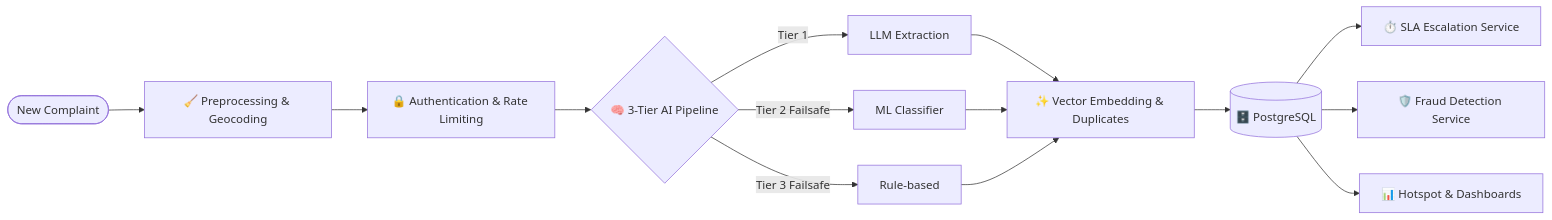
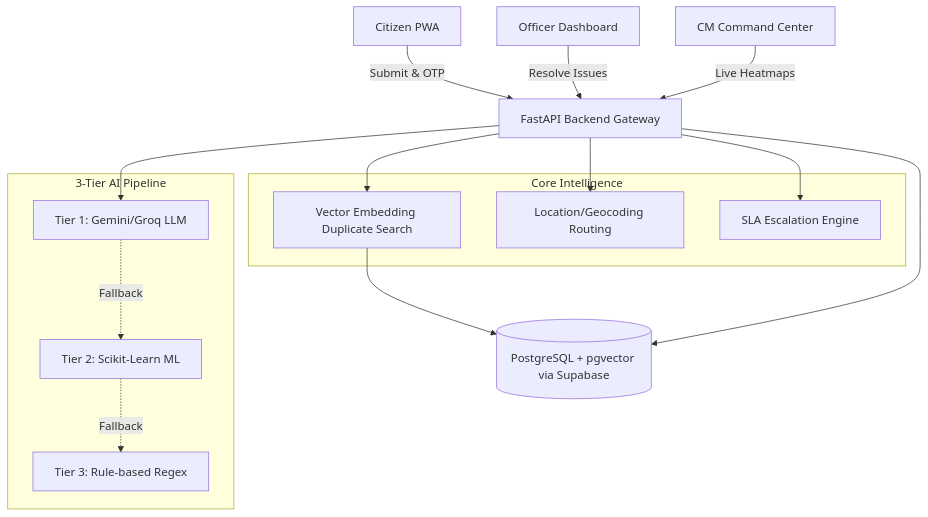
One commit to DAREDEVIL-OF-NEXUS/CIVICLENS-AI changed the diagram in README.md. Above: the diagram before and after it, drawn with Mermaid. The commit also changed other lines of this file, not shown here.

Commit message:
docs: Completely overhaul README with Platinum tier visuals, architecture diagrams, and TPDDL examples

````diff
--- a/README.md
+++ b/README.md
@@ -42,19 +43,41 @@
 ```mermaid
-flowchart LR
-    Start([New Complaint]) --> Preprocess[🧹 Preprocessing & Geocoding]
-    Preprocess --> Auth[🔒 Authentication & Rate Limiting]
-    Auth --> Analysis{🧠 3-Tier AI Pipeline}
+graph TD
+    %% Clients
+    Cit[Citizen PWA]
+    Off[Officer Dashboard]
+    CM[CM Command Center]
+
+    %% Gateway & Core
+    API[FastAPI Backend Gateway]
     
-    Analysis -->|Tier 1| LLM[LLM Extraction]
-    Analysis -->|Tier 2 Failsafe| MLModel[ML Classifier]
-    Analysis -->|Tier 3 Failsafe| Regex[Rule-based]
-    
-    LLM --> Enrich[✨ Vector Embedding & Duplicates]
-    MLModel --> Enrich
-    Regex --> Enrich
-    
-    Enrich --> DB[(🗄️ PostgreSQL)]
-    DB --> SLA[⏱️ SLA Escalation Service]
-    DB --> Fraud[🛡️ Fraud Detection Service]
-    DB --> Dashboard[📊 Hotspot & Dashboards]
+    Cit -->|Submit & OTP| API
+    Off -->|Resolve Issues| API
+    CM -->|Live Heatmaps| API
+
+    %% AI Pipeline Workflow
+    subgraph 3-Tier AI Pipeline
+        LLM[Tier 1: Gemini/Groq LLM]
+        ML[Tier 2: Scikit-Learn ML]
+        RB[Tier 3: Rule-based Regex]
+    end
+
+    API --> LLM
+    LLM -.Fallback.-> ML
+    ML -.Fallback.-> RB
+
+    %% Microservices
+    subgraph Core Intelligence
+        DA[Vector Embedding Duplicate Search]
+        Loc[Location/Geocoding Routing]
+        SLA[SLA Escalation Engine]
+    end
+
+    API --> DA
+    API --> Loc
+    API --> SLA
+
+    %% Database Layer
+    PG[(PostgreSQL + pgvector via Supabase)]
+    DA --> PG
+    API --> PG
 ```
````
